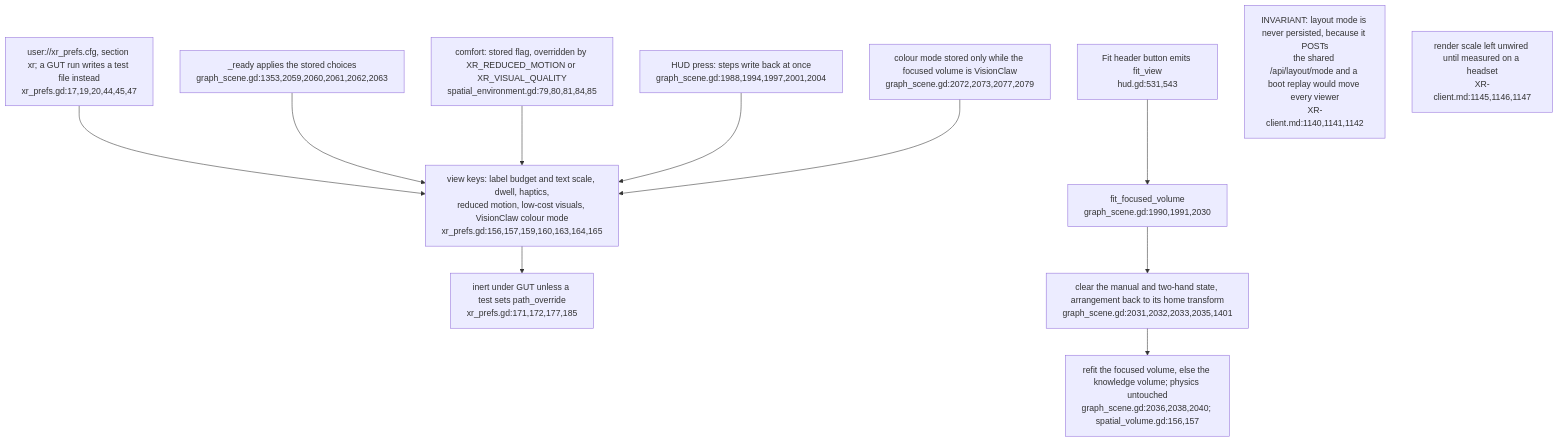
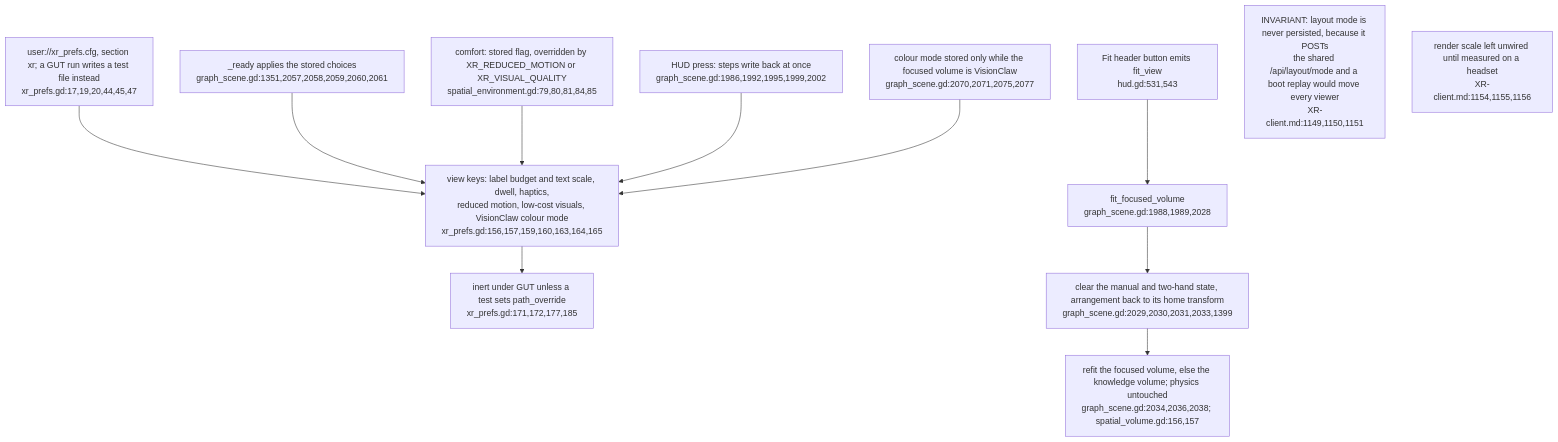
One commit to DreamLab-AI/VisionFlow changed diagram 29 of 30 in docs/diagrams/visionclaw/36-godot-xr-client.md. Above: the diagram before and after it, drawn with Mermaid. The commit also changed other lines of this file and 7 other files, not shown here.

First line of the commit message:
diagrams(visionclaw): re-verify VC-34 to VC-40 and VC-42 at visionclaw 4900ec6, agentbox 59b1aca

````diff
--- a/docs/diagrams/visionclaw/36-godot-xr-client.md
+++ b/docs/diagrams/visionclaw/36-godot-xr-client.md
@@ -1428,15 +1428,15 @@
 ```mermaid
 flowchart TD
     FILE["user://xr_prefs.cfg, section xr; a GUT run writes a test file instead<br/>xr_prefs.gd:17,19,20,44,45,47"] --> KEYS
     KEYS["view keys: label budget and text scale, dwell, haptics,<br/>reduced motion, low-cost visuals, VisionClaw colour mode<br/>xr_prefs.gd:156,157,159,160,163,164,165"]
     KEYS --> LIVE["inert under GUT unless a test sets path_override<br/>xr_prefs.gd:171,172,177,185"]
-    BOOT["_ready applies the stored choices<br/>graph_scene.gd:1353,2059,2060,2061,2062,2063"] --> KEYS
+    BOOT["_ready applies the stored choices<br/>graph_scene.gd:1351,2057,2058,2059,2060,2061"] --> KEYS
     ENV["comfort: stored flag, overridden by XR_REDUCED_MOTION or XR_VISUAL_QUALITY<br/>spatial_environment.gd:79,80,81,84,85"] --> KEYS
-    PRESS["HUD press: steps write back at once<br/>graph_scene.gd:1988,1994,1997,2001,2004"] --> KEYS
-    COL["colour mode stored only while the focused volume is VisionClaw<br/>graph_scene.gd:2072,2073,2077,2079"] --> KEYS
-    FIT["Fit header button emits fit_view<br/>hud.gd:531,543"] --> FV["fit_focused_volume<br/>graph_scene.gd:1990,1991,2030"]
-    FV --> UNDO["clear the manual and two-hand state, arrangement back to its home transform<br/>graph_scene.gd:2031,2032,2033,2035,1401"]
-    UNDO --> REFIT["refit the focused volume, else the knowledge volume; physics untouched<br/>graph_scene.gd:2036,2038,2040; spatial_volume.gd:156,157"]
-    NOT["INVARIANT: layout mode is never persisted, because it POSTs<br/>the shared /api/layout/mode and a boot replay would move every viewer<br/>XR-client.md:1140,1141,1142"]
-    RS["render scale left unwired until measured on a headset<br/>XR-client.md:1145,1146,1147"]
+    PRESS["HUD press: steps write back at once<br/>graph_scene.gd:1986,1992,1995,1999,2002"] --> KEYS
+    COL["colour mode stored only while the focused volume is VisionClaw<br/>graph_scene.gd:2070,2071,2075,2077"] --> KEYS
+    FIT["Fit header button emits fit_view<br/>hud.gd:531,543"] --> FV["fit_focused_volume<br/>graph_scene.gd:1988,1989,2028"]
+    FV --> UNDO["clear the manual and two-hand state, arrangement back to its home transform<br/>graph_scene.gd:2029,2030,2031,2033,1399"]
+    UNDO --> REFIT["refit the focused volume, else the knowledge volume; physics untouched<br/>graph_scene.gd:2034,2036,2038; spatial_volume.gd:156,157"]
+    NOT["INVARIANT: layout mode is never persisted, because it POSTs<br/>the shared /api/layout/mode and a boot replay would move every viewer<br/>XR-client.md:1149,1150,1151"]
+    RS["render scale left unwired until measured on a headset<br/>XR-client.md:1154,1155,1156"]
 ```
````
